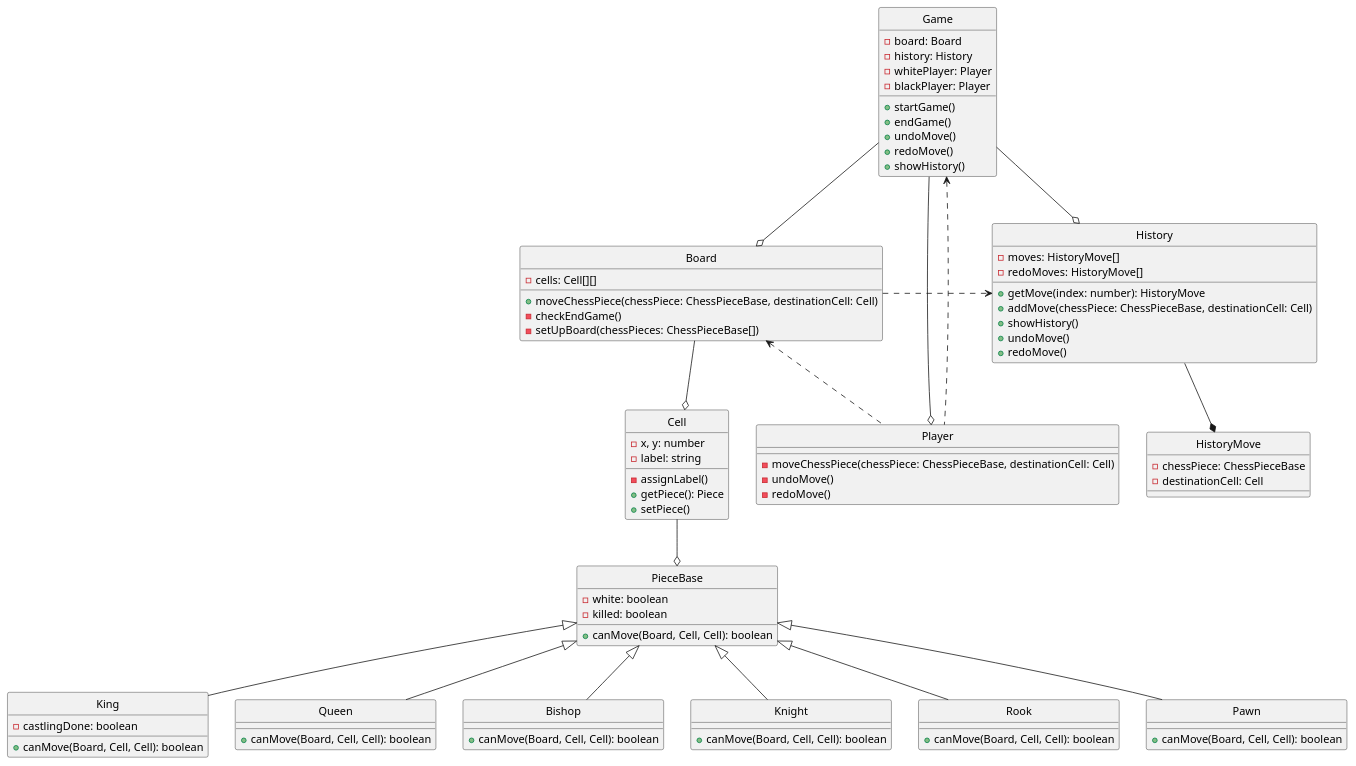
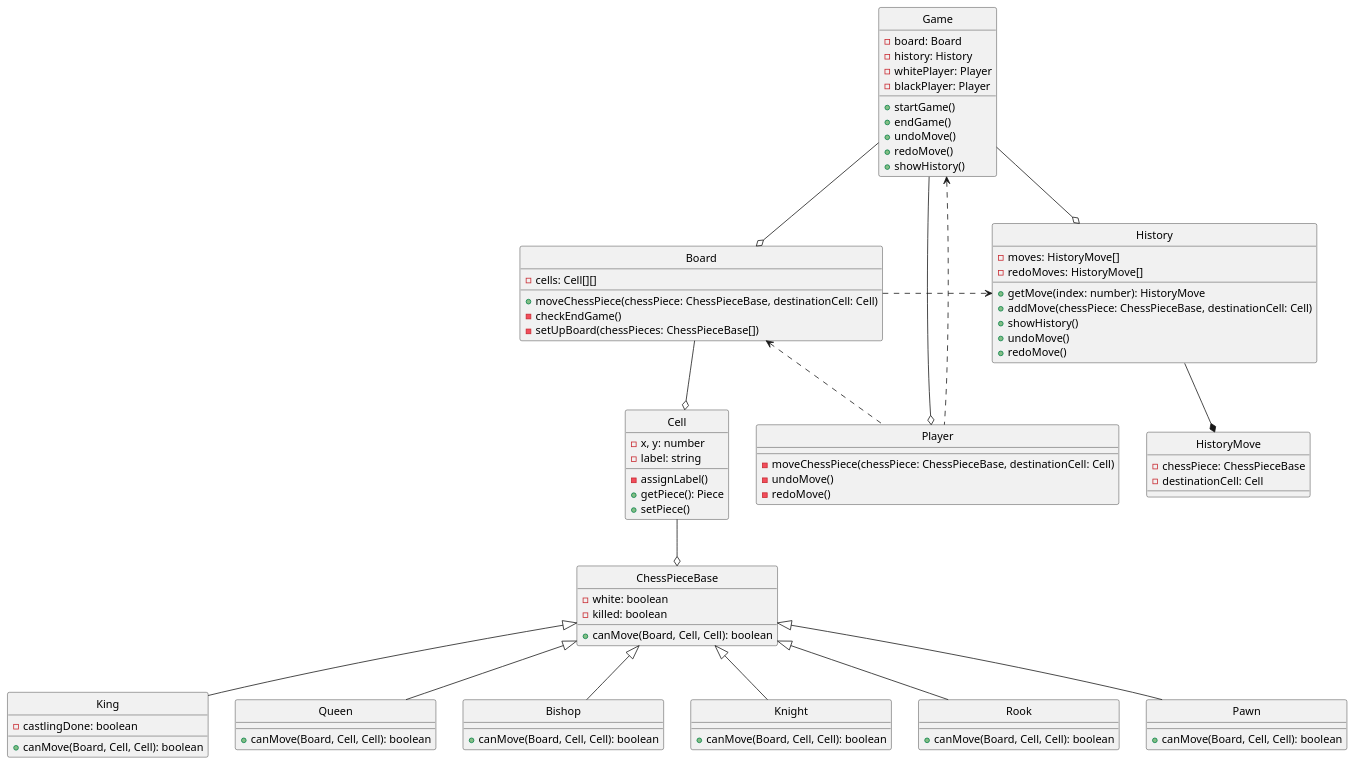
The diagram in class-diagram.puml (duyhq-zee1/chess-game), drawn with PlantUML before and after one commit. The commit also changed 2 other files, not shown here.

Commit message:
refactor abstract class based on new class diagram

```diff
--- a/class-diagram.puml
+++ b/class-diagram.puml
@@ -1,96 +1,96 @@
 @startuml "Chess game"
 hide circle
 
 class Board {
   - cells: Cell[][]
   + moveChessPiece(chessPiece: ChessPieceBase, destinationCell: Cell)
   - checkEndGame()
   - setUpBoard(chessPieces: ChessPieceBase[])
 }
 
 class Cell {
   - x, y: number
   - label: string
   - assignLabel()
   + getPiece(): Piece
   + setPiece()
 }
 
 class Player {
   - moveChessPiece(chessPiece: ChessPieceBase, destinationCell: Cell)
   - undoMove()
   - redoMove()
 }
 
-class PieceBase {
+class ChessPieceBase {
   - white: boolean
   - killed: boolean
   + canMove(Board, Cell, Cell): boolean
 }
 
-class King extends PieceBase {
+class King extends ChessPieceBase {
   - castlingDone: boolean
   + canMove(Board, Cell, Cell): boolean
 }
 
-class Queen extends PieceBase {
+class Queen extends ChessPieceBase {
   + canMove(Board, Cell, Cell): boolean
 }
 
-class Bishop extends PieceBase {
+class Bishop extends ChessPieceBase {
   + canMove(Board, Cell, Cell): boolean
 }
 
-class Knight extends PieceBase {
+class Knight extends ChessPieceBase {
   + canMove(Board, Cell, Cell): boolean
 }
 
-class Rook extends PieceBase {
+class Rook extends ChessPieceBase {
   + canMove(Board, Cell, Cell): boolean
 }
 
-class Pawn extends PieceBase {
+class Pawn extends ChessPieceBase {
   + canMove(Board, Cell, Cell): boolean
 }
 
 class Game {
   - board: Board
   - history: History
   - whitePlayer: Player
   - blackPlayer: Player
   + startGame()
   + endGame()
   + undoMove()
   + redoMove()
   + showHistory()
 }
 
 class History { 
   - moves: HistoryMove[]
   - redoMoves: HistoryMove[]
   + getMove(index: number): HistoryMove
   + addMove(chessPiece: ChessPieceBase, destinationCell: Cell)
   + showHistory()
   + undoMove()
   + redoMove()
 }
 
 class HistoryMove {
   - chessPiece: ChessPieceBase
   - destinationCell: Cell
 }
 
 Board -down-o Cell
-Cell -down-o PieceBase
+Cell -down-o ChessPieceBase
 Board .right.> History
 
 History -down-* HistoryMove
 
 Game -down-o Board
 Game -down-o History
 Game -down-o Player
 
 Player .up.> Board
 Player .up.> Game
 
 @enduml
```
